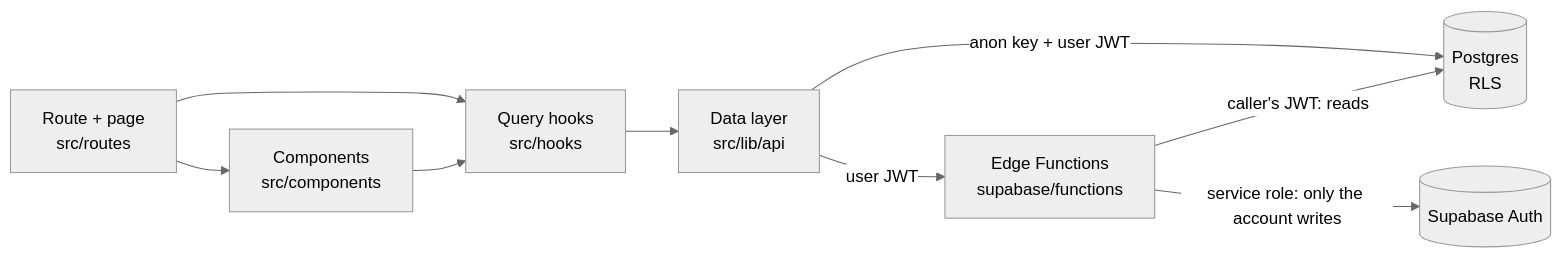
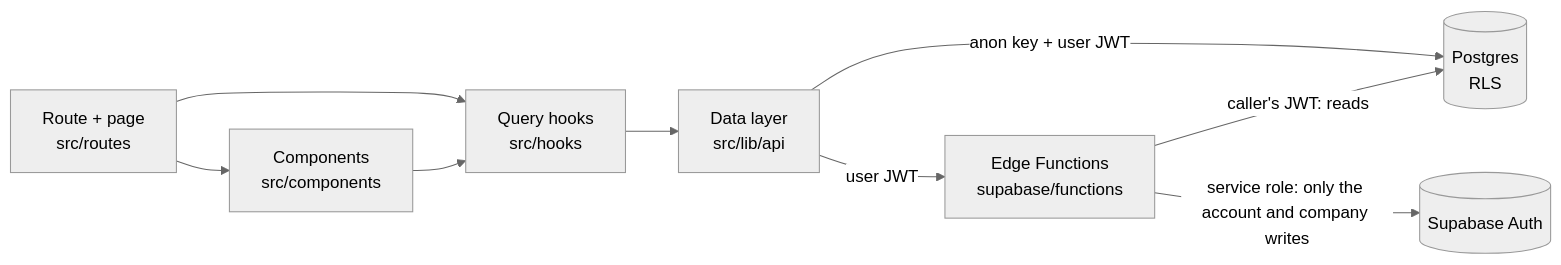
The diagram in README.md (PatrikNoordh/mini-ats), drawn with Mermaid (neutral theme) before and after one commit. The commit also changed other lines of this file, not shown here.

````diff
--- a/README.md
+++ b/README.md
@@ -124,11 +127,11 @@
 ```mermaid
 flowchart LR
     Route["Route + page<br/>src/routes"] --> Comp["Components<br/>src/components"]
     Route --> Hook["Query hooks<br/>src/hooks"]
     Comp --> Hook
     Hook --> API["Data layer<br/>src/lib/api"]
     API -- "anon key + user JWT" --> PG[(Postgres<br/>RLS)]
     API -- "user JWT" --> EF["Edge Functions<br/>supabase/functions"]
     EF -- "caller's JWT: reads" --> PG
-    EF -- "service role: only the account writes" --> Auth[(Supabase Auth)]
+    EF -- "service role: only the account and company writes" --> Auth[(Supabase Auth)]
 ```
````
